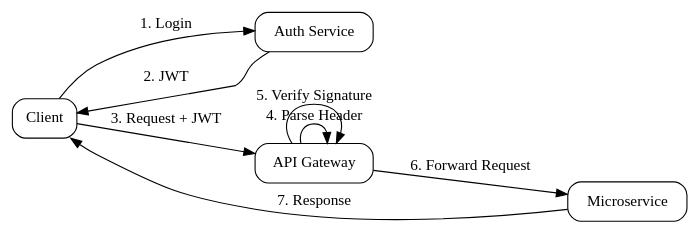
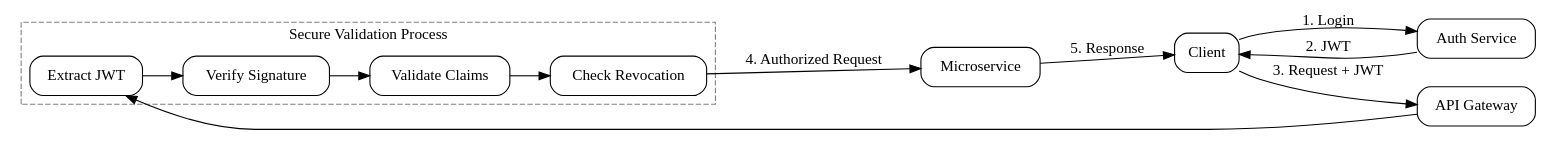
The third of 3 diagrams in presentation.org (aygp-dr/jwt-paradigms), drawn with Graphviz before and after one commit. The commit also changed other lines of this file and 3 other files, not shown here.

```diff
--- a/presentation.org
+++ b/presentation.org
@@ -222,13 +345,19 @@
-#+BEGIN_SRC dot :file images/jwt-flow-simple.png :cmdline -Kdot -Tpng
+#+BEGIN_SRC dot :file images/jwt-flow-detailed.png :cmdline -Kdot -Tpng
 digraph {
   rankdir=LR;
   node [shape=box, style=rounded];
+  subgraph cluster_validation {
+    label="Secure Validation Process";
+    style=dashed;
+    color=gray;
+    "Extract JWT" -> "Verify Signature" -> "Validate Claims" -> "Check Revocation";
+  }
+  
   Client -> "Auth Service" [label="1. Login"];
   "Auth Service" -> Client [label="2. JWT"];
   Client -> "API Gateway" [label="3. Request + JWT"];
-  "API Gateway" -> "API Gateway" [label="4. Parse Header"];
-  "API Gateway" -> "API Gateway" [label="5. Verify Signature"];
-  "API Gateway" -> "Microservice" [label="6. Forward Request"];
-  "Microservice" -> Client [label="7. Response"];
+  "API Gateway" -> "Extract JWT";
+  "Check Revocation" -> "Microservice" [label="4. Authorized Request"];
+  "Microservice" -> Client [label="5. Response"];
 }
 #+END_SRC
```
